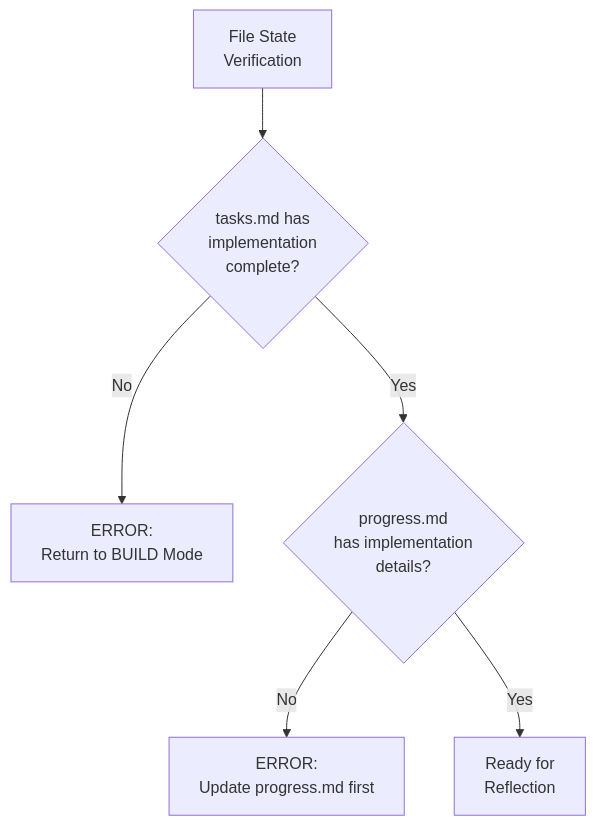
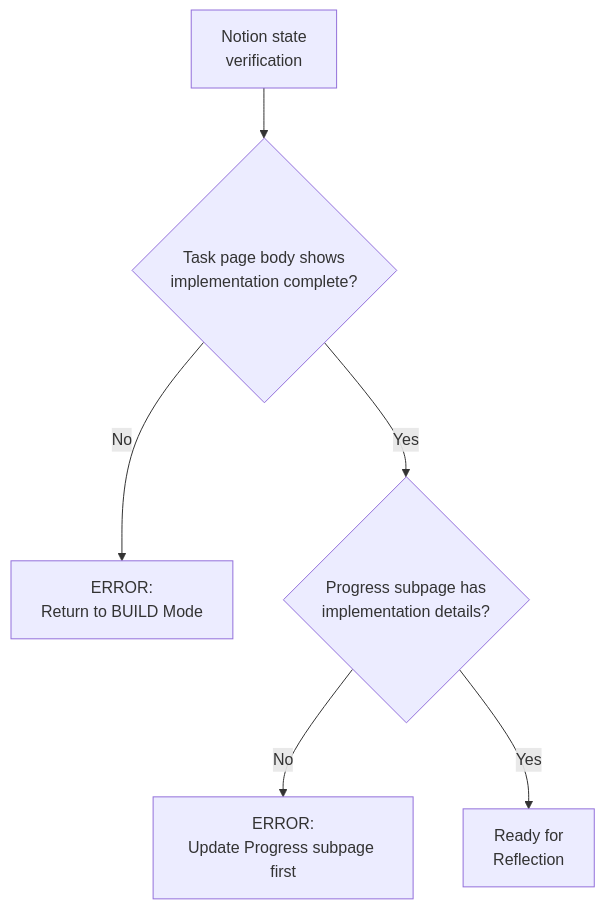
One commit to xianzhu21/cursor-memory-notion changed the third of 5 diagrams in .cursor/rules/isolation_rules/visual-maps/reflect-mode-map.mdc. Above: the diagram before and after it, drawn with Mermaid. The commit also changed other lines of this file and 37 other files, not shown here.

````diff
--- a/.cursor/rules/isolation_rules/visual-maps/reflect-mode-map.mdc
+++ b/.cursor/rules/isolation_rules/visual-maps/reflect-mode-map.mdc
@@ -82,10 +86,10 @@
 ```mermaid
 graph TD
-    Start["File State<br>Verification"] --> CheckTasks{"tasks.md has<br>implementation<br>complete?"}
+    Start["Notion state<br>verification"] --> CheckTasks{"Task page body shows<br>implementation complete?"}
     
     CheckTasks -->|"No"| ErrorBuild["ERROR:<br>Return to BUILD Mode"]
-    CheckTasks -->|"Yes"| CheckProgress{"progress.md<br>has implementation<br>details?"}
+    CheckTasks -->|"Yes"| CheckProgress{"Progress subpage has<br>implementation details?"}
     
-    CheckProgress -->|"No"| ErrorProgress["ERROR:<br>Update progress.md first"]
+    CheckProgress -->|"No"| ErrorProgress["ERROR:<br>Update Progress subpage first"]
     CheckProgress -->|"Yes"| ReadyReflect["Ready for<br>Reflection"]
 ```
````
